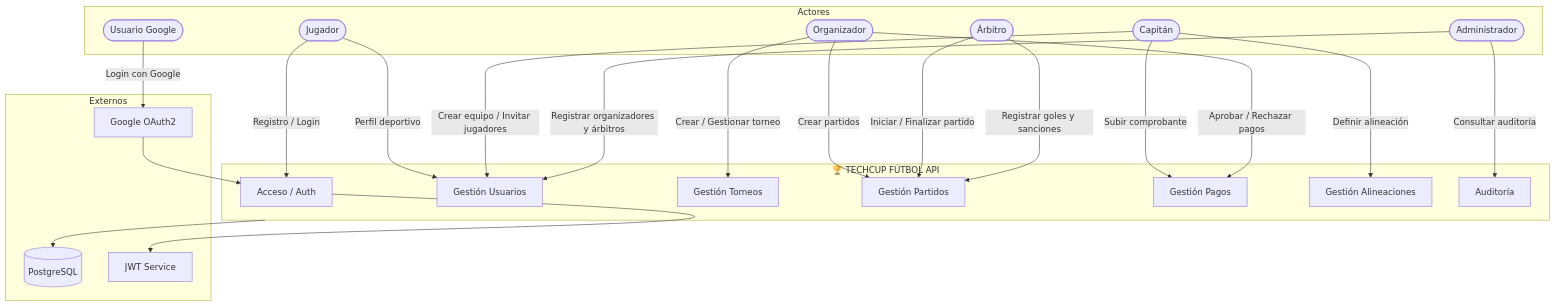
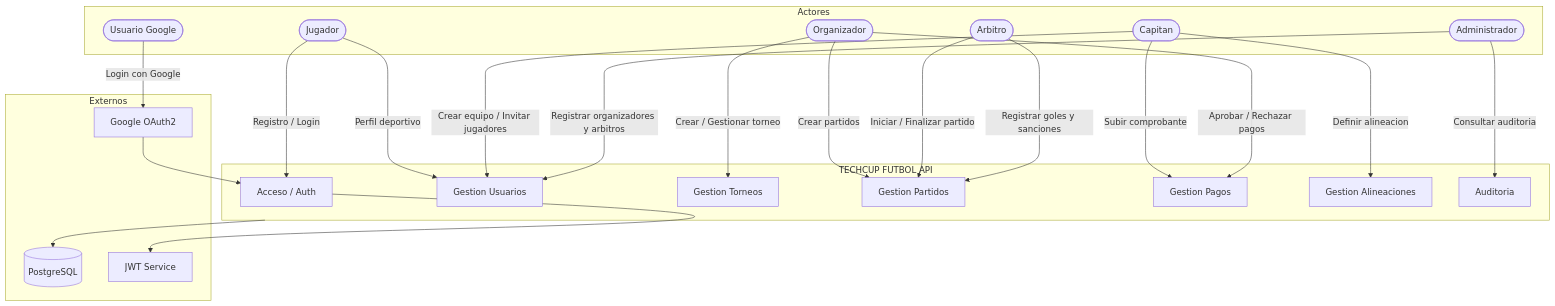
Before and after one commit to nglsz006/SFC_techcup-futbol: the diagram in docs/uml/diagrama-contexto.md, drawn with Mermaid. The commit also changed other lines of this file and 22 other files, not shown here.

Commit message:
docs: arreglar diagramas final

````diff
--- a/docs/uml/diagrama-contexto.md
+++ b/docs/uml/diagrama-contexto.md
@@ -7,45 +11,45 @@
 ```mermaid
 graph TD
     subgraph Actores
         J([Jugador])
-        C([Capitán])
+        C([Capitan])
         O([Organizador])
-        A([Árbitro])
+        A([Arbitro])
         AD([Administrador])
         G([Usuario Google])
     end
 
-    subgraph TECHCUP_FUTBOL["🏆 TECHCUP FÚTBOL API"]
+    subgraph TECHCUP_FUTBOL["TECHCUP FUTBOL API"]
         ACC[Acceso / Auth]
-        USR[Gestión Usuarios]
-        TOR[Gestión Torneos]
-        PAR[Gestión Partidos]
-        PAG[Gestión Pagos]
-        ALI[Gestión Alineaciones]
-        AUD[Auditoría]
+        USR[Gestion Usuarios]
+        TOR[Gestion Torneos]
+        PAR[Gestion Partidos]
+        PAG[Gestion Pagos]
+        ALI[Gestion Alineaciones]
+        AUD[Auditoria]
     end
 
     subgraph Externos
         PG[(PostgreSQL)]
         GG[Google OAuth2]
         JWT[JWT Service]
     end
 
     J -->|Registro / Login| ACC
     J -->|Perfil deportivo| USR
     C -->|Crear equipo / Invitar jugadores| USR
     C -->|Subir comprobante| PAG
-    C -->|Definir alineación| ALI
+    C -->|Definir alineacion| ALI
     O -->|Crear / Gestionar torneo| TOR
     O -->|Crear partidos| PAR
     O -->|Aprobar / Rechazar pagos| PAG
     A -->|Iniciar / Finalizar partido| PAR
     A -->|Registrar goles y sanciones| PAR
-    AD -->|Registrar organizadores y árbitros| USR
-    AD -->|Consultar auditoría| AUD
+    AD -->|Registrar organizadores y arbitros| USR
+    AD -->|Consultar auditoria| AUD
     G -->|Login con Google| GG
 
     ACC --> JWT
     GG --> ACC
     TECHCUP_FUTBOL --> PG
 ```
````
